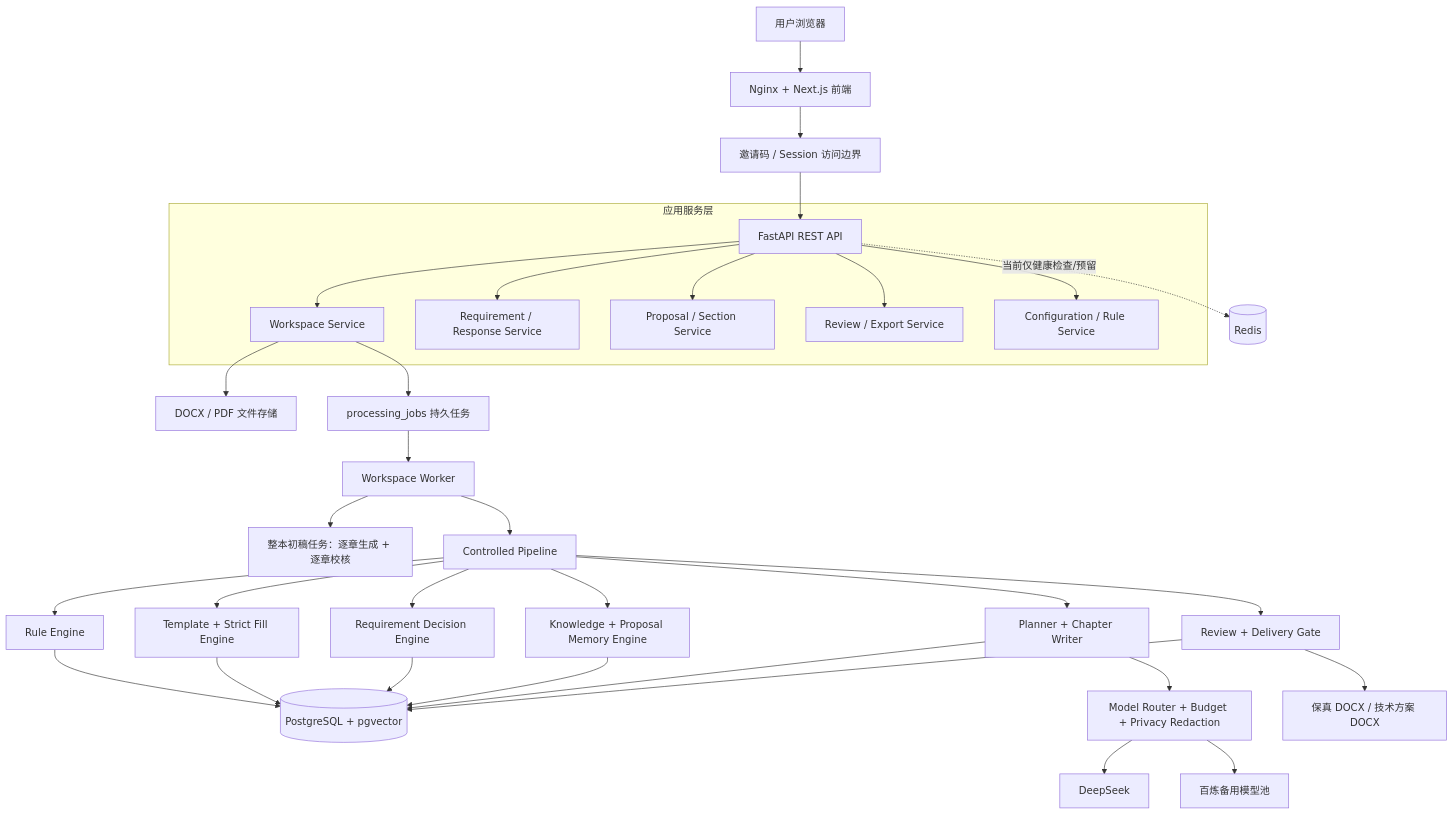
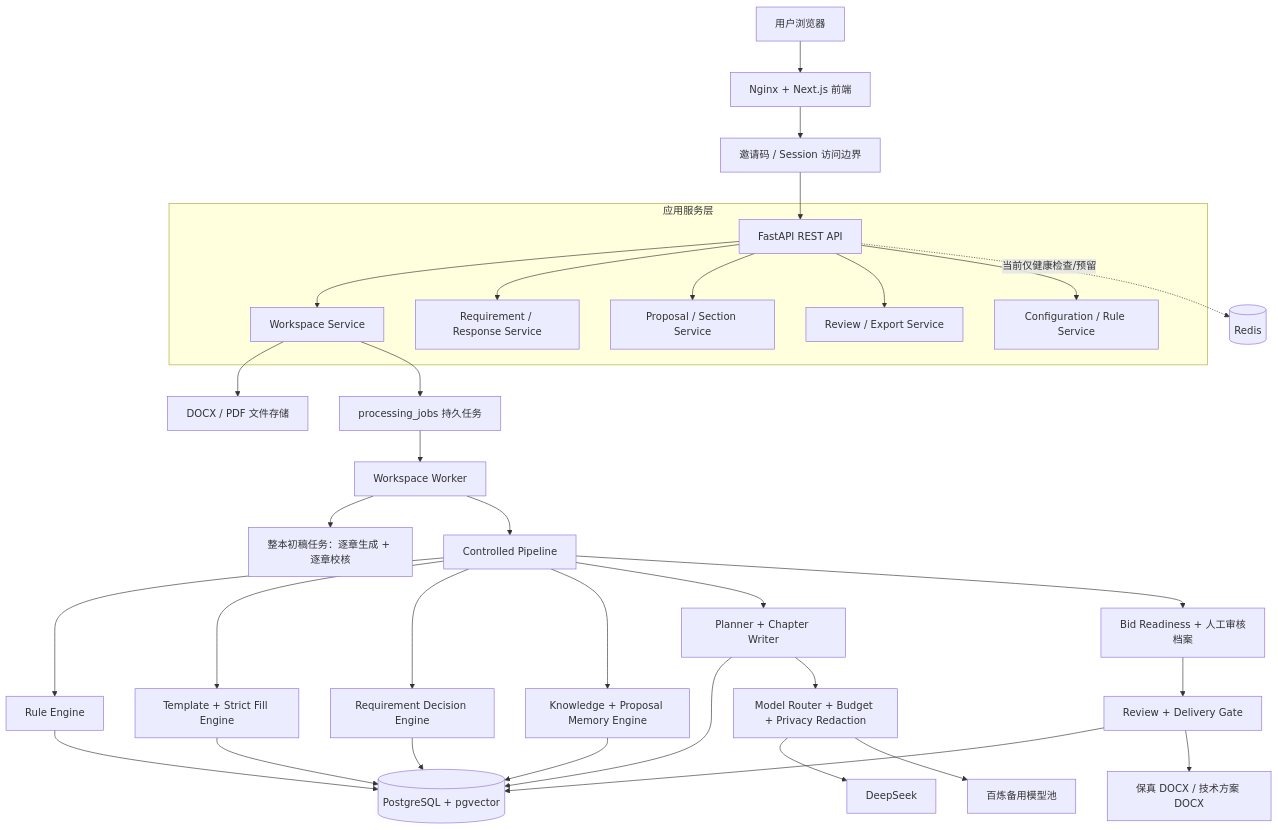
One commit to angela19990616-alt/bid-agent changed the first of 8 diagrams in docs/CURRENT_SYSTEM_ARCHITECTURE.md. Above: the diagram before and after it, drawn with Mermaid. The commit also changed other lines of this file and 21 other files, not shown here.

````diff
--- a/docs/CURRENT_SYSTEM_ARCHITECTURE.md
+++ b/docs/CURRENT_SYSTEM_ARCHITECTURE.md
@@ -28,42 +28,43 @@
 ```mermaid
 flowchart TB
     U["用户浏览器"] --> N["Nginx + Next.js 前端"]
     N --> A["邀请码 / Session 访问边界"]
     A --> API["FastAPI REST API"]
 
     subgraph APP["应用服务层"]
         API --> WS["Workspace Service"]
         API --> RS["Requirement / Response Service"]
         API --> PS["Proposal / Section Service"]
         API --> ES["Review / Export Service"]
         API --> CS["Configuration / Rule Service"]
     end
 
     WS --> FS["DOCX / PDF 文件存储"]
     WS --> JOB["processing_jobs 持久任务"]
     JOB --> WK["Workspace Worker"]
     WK --> DRAFT["整本初稿任务：逐章生成 + 逐章校核"]
     WK --> PIPE["Controlled Pipeline"]
 
     PIPE --> RULE["Rule Engine"]
     PIPE --> TMPL["Template + Strict Fill Engine"]
     PIPE --> REQ["Requirement Decision Engine"]
     PIPE --> KNOW["Knowledge + Proposal Memory Engine"]
     PIPE --> WRITE["Planner + Chapter Writer"]
-    PIPE --> REVIEW["Review + Delivery Gate"]
+    PIPE --> READY["Bid Readiness + 人工审核档案"]
+    READY --> REVIEW["Review + Delivery Gate"]
 
     RULE --> PG[("PostgreSQL + pgvector")]
     TMPL --> PG
     REQ --> PG
     KNOW --> PG
     WRITE --> PG
     REVIEW --> PG
 
     WRITE --> ROUTER["Model Router + Budget + Privacy Redaction"]
     ROUTER --> DS["DeepSeek"]
     ROUTER --> BL["百炼备用模型池"]
 
     REVIEW --> OUT["保真 DOCX / 技术方案 DOCX"]
     REDIS[("Redis")]
     API -. "当前仅健康检查/预留" .-> REDIS
 ```
````
